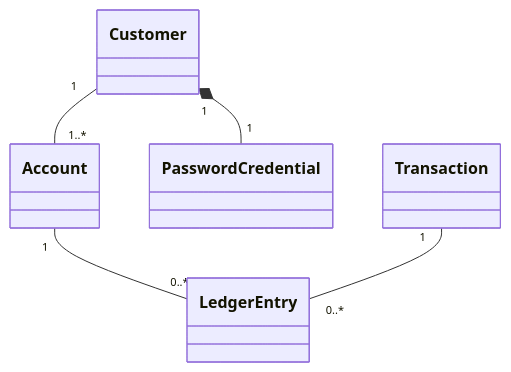
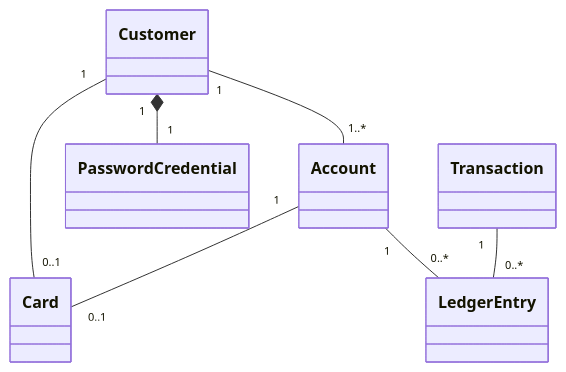
The diagram in docs/domain-model.md (AyanleDeeq1/digital-banking-system), drawn with Mermaid before and after one commit. The commit also changed other lines of this file and 3 other files, not shown here.

````diff
--- a/docs/domain-model.md
+++ b/docs/domain-model.md
@@ -5,7 +5,9 @@
 ```mermaid
 classDiagram
     Customer "1" -- "1..*" Account
     Customer "1" *-- "1" PasswordCredential
+    Customer "1" -- "0..1" Card
+    Account "1" -- "0..1" Card
     Account "1" -- "0..*" LedgerEntry
     Transaction "1" -- "0..*" LedgerEntry
 ```
````
